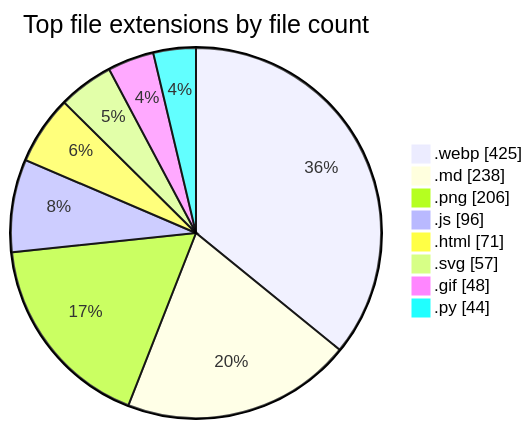
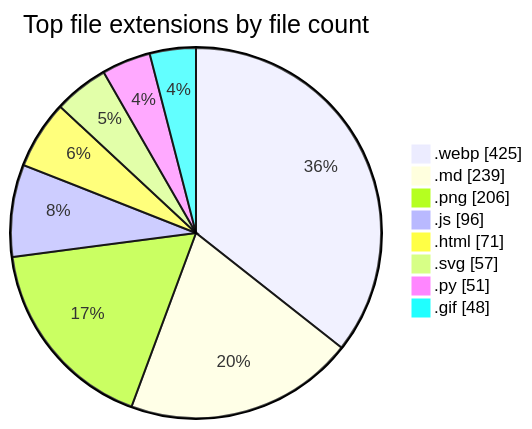
Before and after one commit to tchinso/tchinso: the second of 2 diagrams in README.md, drawn with Mermaid. The commit also changed other lines of this file, not shown here.

````diff
--- a/README.md
+++ b/README.md
@@ -53,12 +53,12 @@
 ```mermaid
 pie showData
     title Top file extensions by file count
     ".webp" : 425
-    ".md" : 238
+    ".md" : 239
     ".png" : 206
     ".js" : 96
     ".html" : 71
     ".svg" : 57
+    ".py" : 51
     ".gif" : 48
-    ".py" : 44
 ```
````
